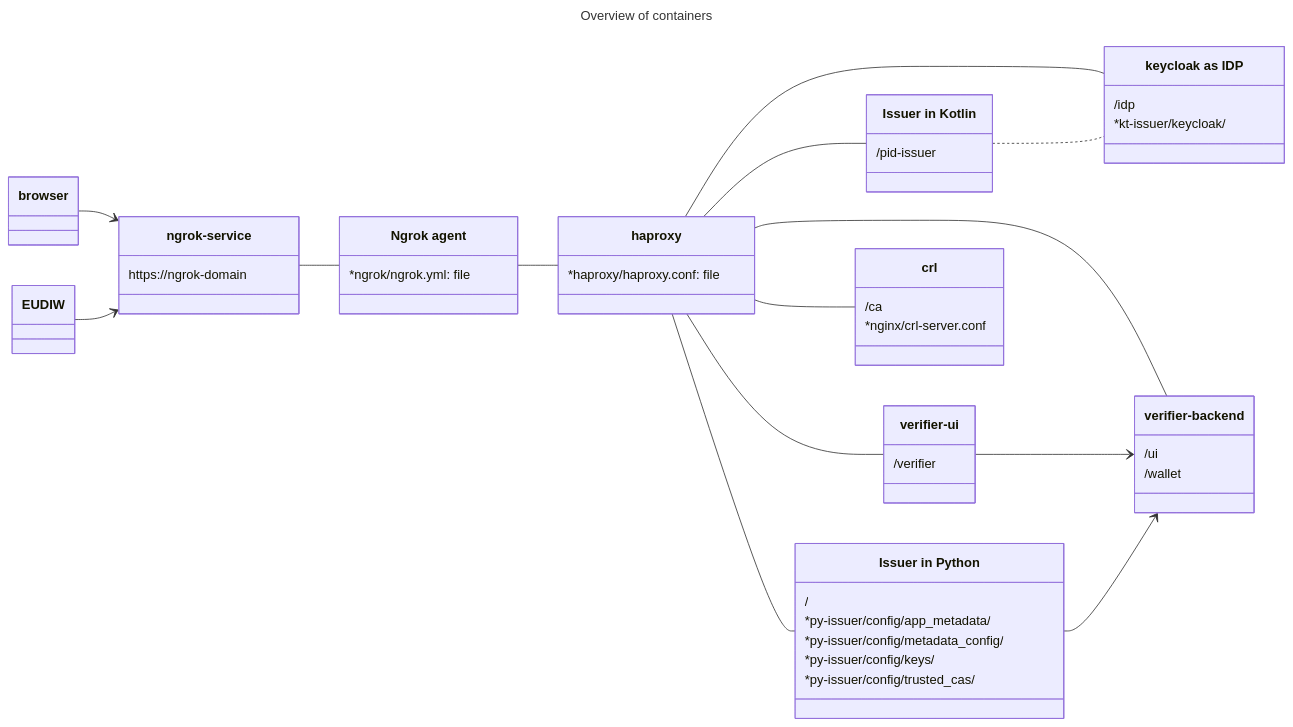
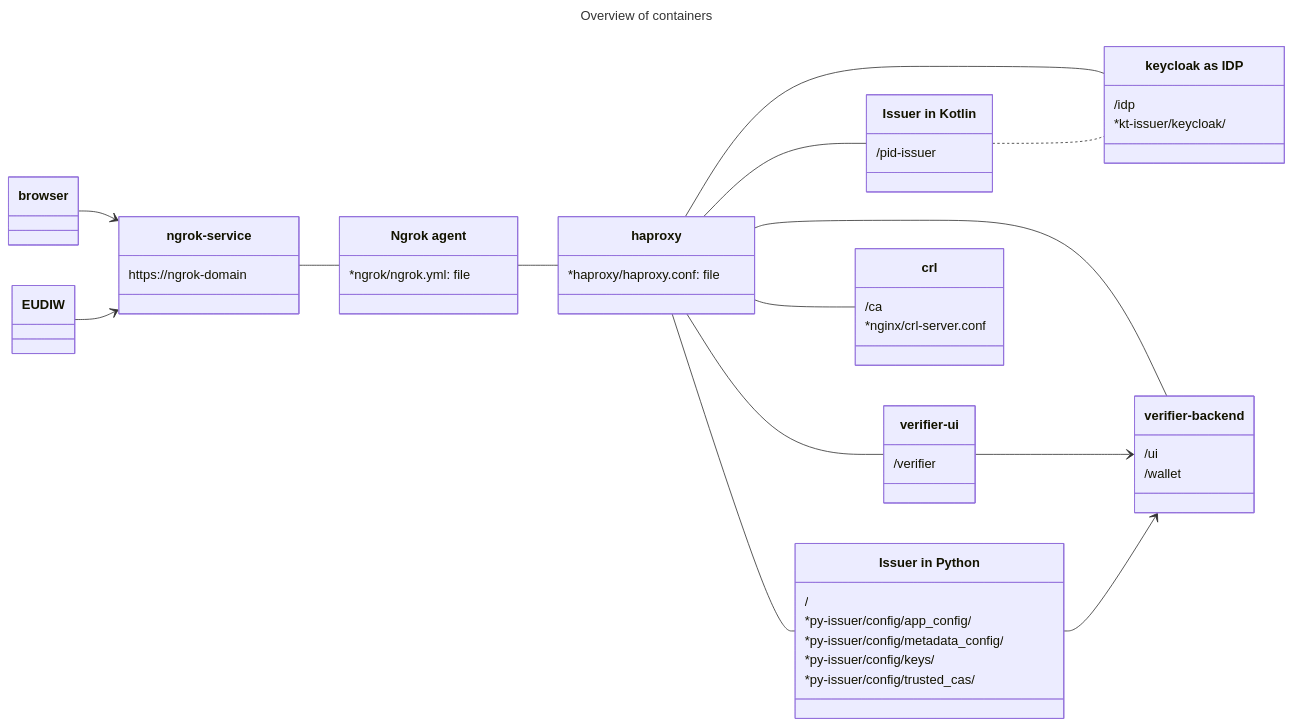
One commit to potential-nl-blsp/eudi-poc-nl changed the diagram in README.md. Above: the diagram before and after it, drawn with Mermaid.

Commit message:
minor improvement

````diff
--- a/README.md
+++ b/README.md
@@ -15,68 +15,68 @@
 ```mermaid
 ---
 title: Overview of containers
 ---
 classDiagram
     direction LR
 
     class browser { }
 
     class EUDIW { }
     
     class ngrok-service { 
         https://ngrok-domain
     }
 
     class ngrok["Ngrok agent"] {  
         *ngrok/ngrok.yml: file
     }
 
     class haproxy { 
         *haproxy/haproxy.conf: file
     }
     
     class verifier-ui { 
         /verifier
     }
  
     class verifier-backend {
         /ui
         /wallet
     }
     
     class py-issuer["Issuer in Python"] { 
         /
-        *py-issuer/config/app_metadata/
+        *py-issuer/config/app_config/
         *py-issuer/config/metadata_config/
         *py-issuer/config/keys/
         *py-issuer/config/trusted_cas/
     }
     
     class pid-issuer["Issuer in Kotlin"] {
         /pid-issuer
     }
 
     class keycloak["keycloak as IDP"] {
         /idp
         *kt-issuer/keycloak/
     } 
 
     class crl {
         /ca
         *nginx/crl-server.conf
     }
 
     browser --> ngrok-service
     EUDIW --> ngrok-service
     ngrok-service -- ngrok
     ngrok -- haproxy
     haproxy -- pid-issuer
     haproxy -- keycloak
     pid-issuer .. keycloak
     haproxy -- py-issuer
     haproxy -- crl
     haproxy -- verifier-ui
     haproxy -- verifier-backend
     verifier-ui --> verifier-backend
     py-issuer --> verifier-backend
 ```
````
